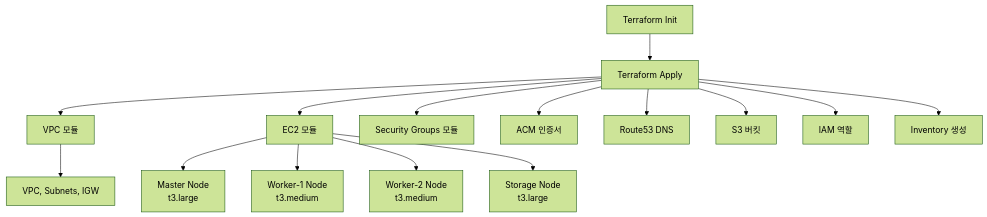
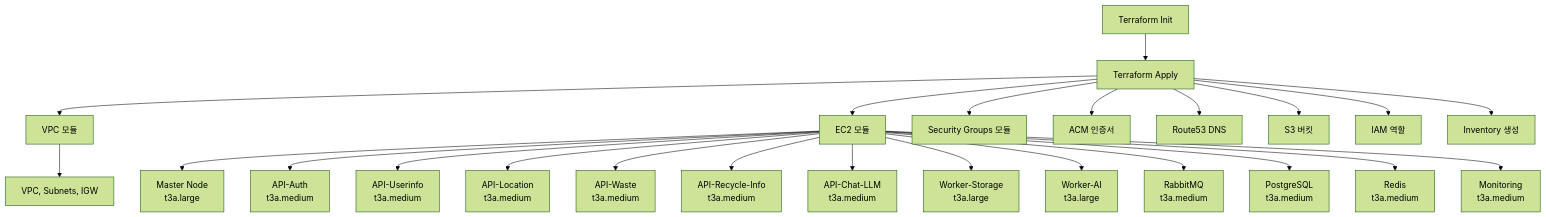
Before and after one commit to SeSACTHON/backend: the first of 2 diagrams in docs/architecture/SERVICE_ARCHITECTURE.md, drawn with Mermaid (forest theme). The commit also changed other lines of this file and 3 other files, not shown here.

First line of the commit message:
docs(architecture): Update to 13-Node + WAL architecture

````diff
--- a/docs/architecture/SERVICE_ARCHITECTURE.md
+++ b/docs/architecture/SERVICE_ARCHITECTURE.md
@@ -78,18 +88,27 @@
 ```mermaid
 graph TB
     A[Terraform Init] --> B[Terraform Apply]
     B --> C[VPC 모듈]
     B --> D[EC2 모듈]
     B --> E[Security Groups 모듈]
     B --> F[ACM 인증서]
     B --> G[Route53 DNS]
     B --> H[S3 버킷]
     B --> I[IAM 역할]
     B --> J[Inventory 생성]
     
     C --> K[VPC, Subnets, IGW]
-    D --> L[Master Node<br/>t3.large]
-    D --> M[Worker-1 Node<br/>t3.medium]
-    D --> N[Worker-2 Node<br/>t3.medium]
-    D --> O[Storage Node<br/>t3.large]
+    D --> L[Master Node<br/>t3a.large]
+    D --> M1[API-Auth<br/>t3a.medium]
+    D --> M2[API-Userinfo<br/>t3a.medium]
+    D --> M3[API-Location<br/>t3a.medium]
+    D --> M4[API-Waste<br/>t3a.medium]
+    D --> M5[API-Recycle-Info<br/>t3a.medium]
+    D --> M6[API-Chat-LLM<br/>t3a.medium]
+    D --> N1[Worker-Storage<br/>t3a.large]
+    D --> N2[Worker-AI<br/>t3a.large]
+    D --> O1[RabbitMQ<br/>t3a.medium]
+    D --> O2[PostgreSQL<br/>t3a.medium]
+    D --> O3[Redis<br/>t3a.medium]
+    D --> O4[Monitoring<br/>t3a.medium]
 ```
````
